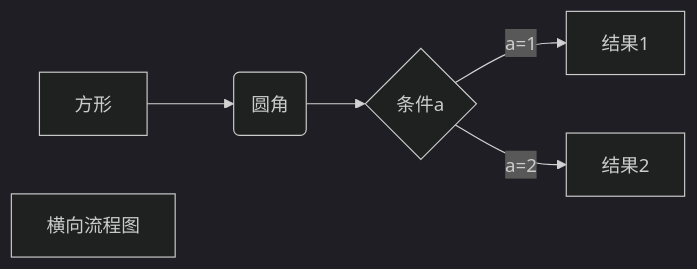
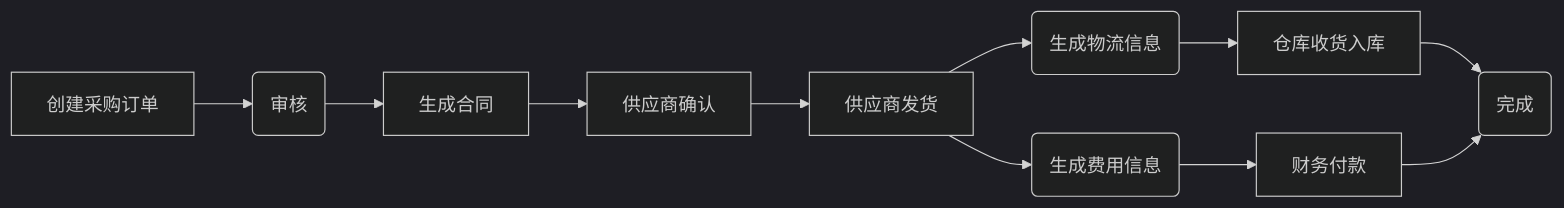
Before and after one commit to zeasin/qihangerp: the diagram in README.md, drawn with Mermaid (dark theme). The commit also changed other lines of this file, not shown here.

Commit message:
添加采购流程说明

````diff
--- a/README.md
+++ b/README.md
@@ -33,9 +33,14 @@
 ```mermaid
 graph LR
-A[方形] -->B(圆角)
-    B --> C{条件a}
-    C -->|a=1| D[结果1]
-    C -->|a=2| E[结果2]
-    F[横向流程图]
+A[创建采购订单] -->B(审核)
+    B --> C[生成合同]
+    C --> D[供应商确认]
+    D --> E[供应商发货]
+    E --> F1(生成物流信息)
+    E --> F2(生成费用信息)
+    F1 --> G1[仓库收货入库]
+    F2 --> G2[财务付款]
+    G1 --> H(完成)
+    G2 --> H
 
 ```
````
